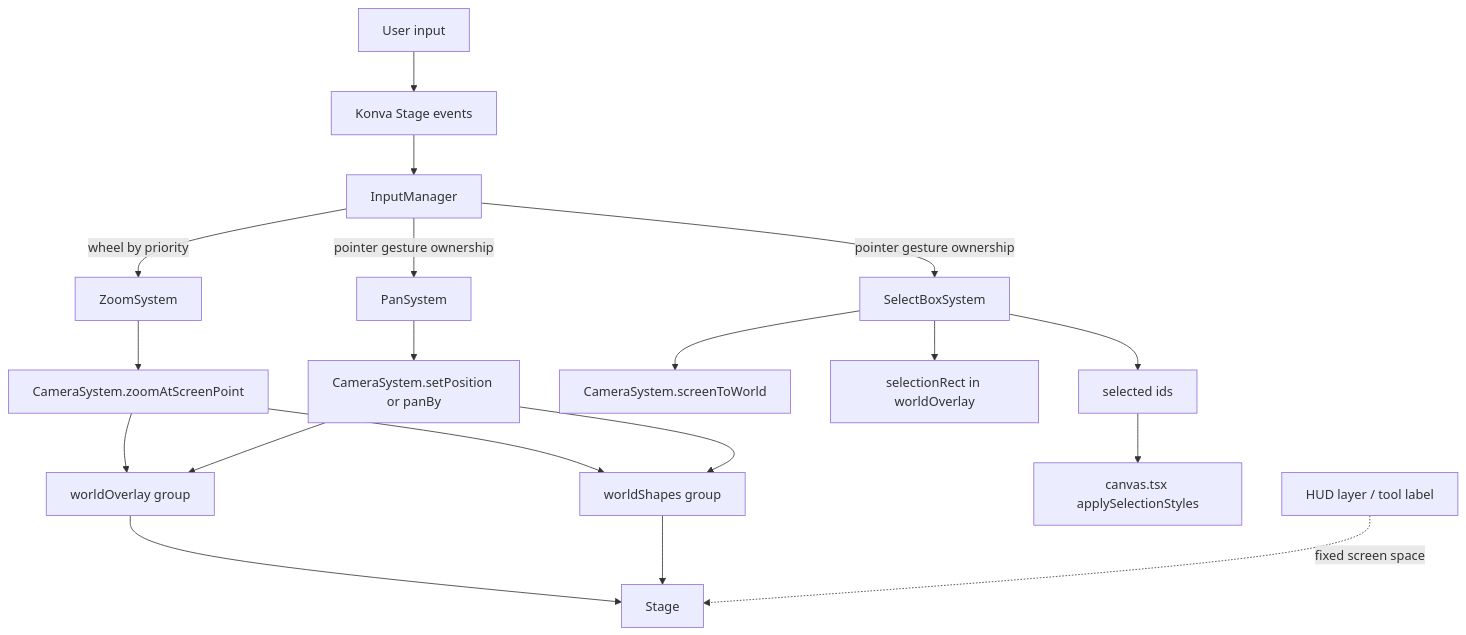
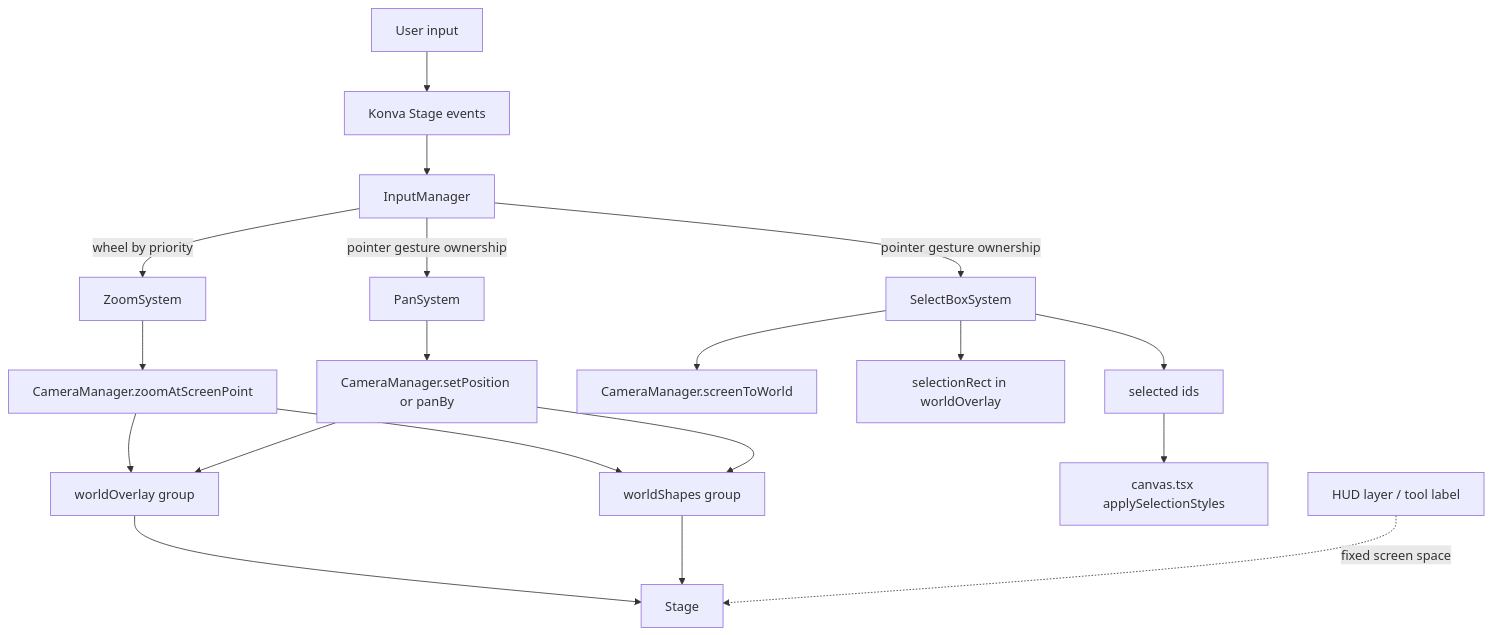
The diagram in specs/spec.canvas.md (vibecanvas/vibecanvas), drawn with Mermaid before and after one commit. The commit also changed other lines of this file and 12 other files, not shown here.

````diff
--- a/specs/spec.canvas.md
+++ b/specs/spec.canvas.md
@@ -356,26 +392,26 @@
 ```mermaid
 flowchart TD
   U1[User input] --> S1[Konva Stage events]
   S1 --> IM[InputManager]
 
   IM -->|pointer gesture ownership| P1[PanSystem]
   IM -->|pointer gesture ownership| SB1[SelectBoxSystem]
   IM -->|wheel by priority| Z1[ZoomSystem]
 
-  P1 --> C1[CameraSystem.setPosition or panBy]
-  Z1 --> C2[CameraSystem.zoomAtScreenPoint]
-  SB1 --> C3[CameraSystem.screenToWorld]
+  P1 --> C1[CameraManager.setPosition or panBy]
+  Z1 --> C2[CameraManager.zoomAtScreenPoint]
+  SB1 --> C3[CameraManager.screenToWorld]
 
   C1 --> WG1[worldShapes group]
   C1 --> WG2[worldOverlay group]
   C2 --> WG1
   C2 --> WG2
 
   SB1 --> SR[selectionRect in worldOverlay]
   SB1 --> SEL[selected ids]
   SEL --> CV[canvas.tsx applySelectionStyles]
 
   HUD[HUD layer / tool label] -. fixed screen space .-> STAGE[Stage]
   WG1 --> STAGE
   WG2 --> STAGE
 ```
````
